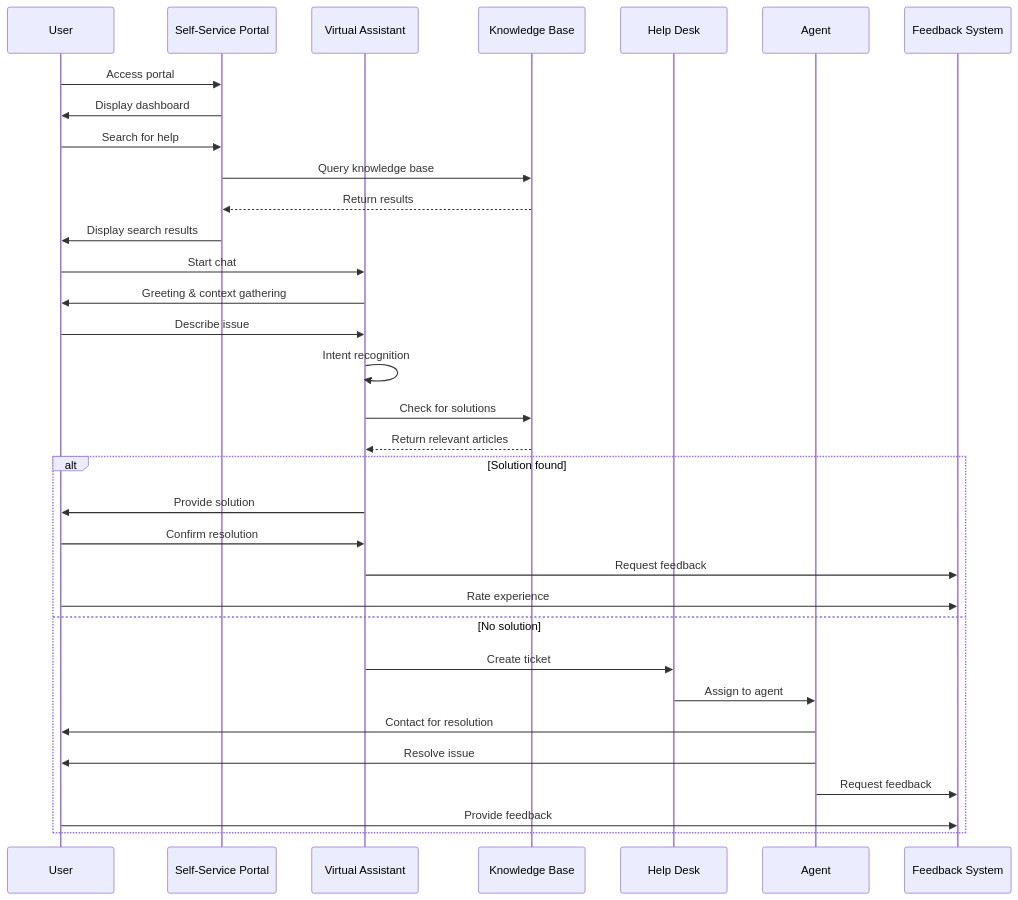
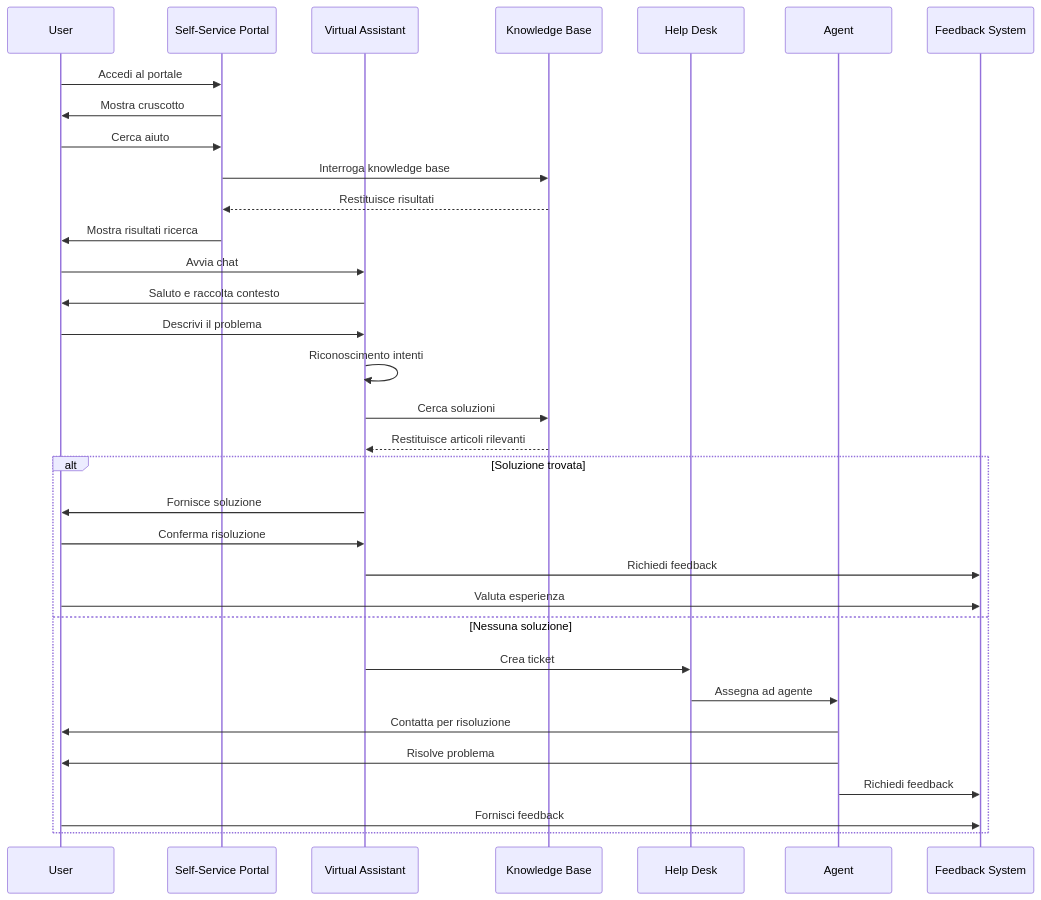
Before and after one commit to gianlucaciarcelluti/Interzen.ZenIA: the first of 9 diagrams in docs/use_cases/UC10 - Supporto all'Utente/03-SEQUENCES.md, drawn with Mermaid. The commit also changed other lines of this file and 14 other files, not shown here.

````diff
--- a/docs/use_cases/UC10 - Supporto all'Utente/03-SEQUENCES.md
+++ b/docs/use_cases/UC10 - Supporto all'Utente/03-SEQUENCES.md
@@ -5,40 +5,40 @@
 ```mermaid
 sequenceDiagram
     participant U as User
     participant SP as Self-Service Portal
     participant VA as Virtual Assistant
     participant KB as Knowledge Base
     participant HD as Help Desk
     participant AG as Agent
     participant FB as Feedback System
 
-    U->>SP: Access portal
-    SP->>U: Display dashboard
+    U->>SP: Accedi al portale
+    SP->>U: Mostra cruscotto
 
-    U->>SP: Search for help
-    SP->>KB: Query knowledge base
-    KB-->>SP: Return results
-    SP->>U: Display search results
+    U->>SP: Cerca aiuto
+    SP->>KB: Interroga knowledge base
+    KB-->>SP: Restituisce risultati
+    SP->>U: Mostra risultati ricerca
 
-    U->>VA: Start chat
-    VA->>U: Greeting & context gathering
+    U->>VA: Avvia chat
+    VA->>U: Saluto e raccolta contesto
 
-    U->>VA: Describe issue
-    VA->>VA: Intent recognition
-    VA->>KB: Check for solutions
-    KB-->>VA: Return relevant articles
+    U->>VA: Descrivi il problema
+    VA->>VA: Riconoscimento intenti
+    VA->>KB: Cerca soluzioni
+    KB-->>VA: Restituisce articoli rilevanti
 
-    alt Solution found
-        VA->>U: Provide solution
-        U->>VA: Confirm resolution
-        VA->>FB: Request feedback
-        U->>FB: Rate experience
-    else No solution
-        VA->>HD: Create ticket
-        HD->>AG: Assign to agent
-        AG->>U: Contact for resolution
-        AG->>U: Resolve issue
-        AG->>FB: Request feedback
-        U->>FB: Provide feedback
+    alt Soluzione trovata
+        VA->>U: Fornisce soluzione
+        U->>VA: Conferma risoluzione
+        VA->>FB: Richiedi feedback
+        U->>FB: Valuta esperienza
+    else Nessuna soluzione
+        VA->>HD: Crea ticket
+        HD->>AG: Assegna ad agente
+        AG->>U: Contatta per risoluzione
+        AG->>U: Risolve problema
+        AG->>FB: Richiedi feedback
+        U->>FB: Fornisci feedback
     end
 ```
````
